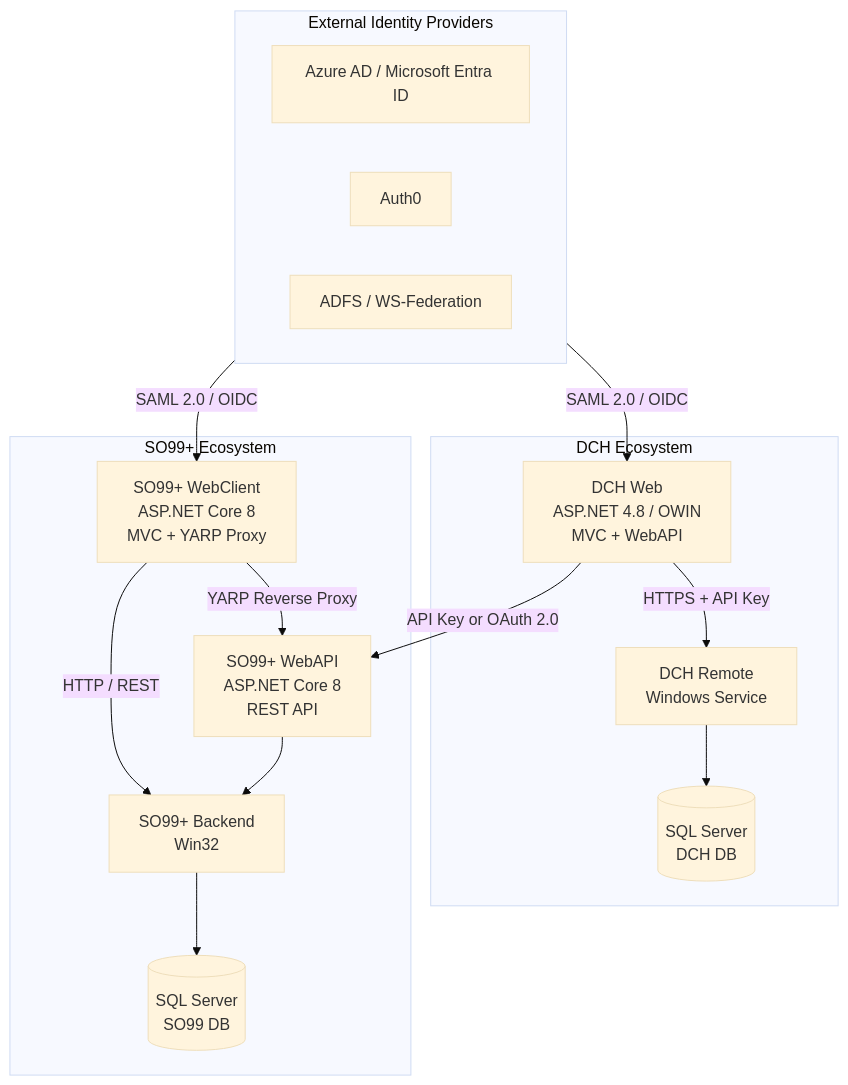
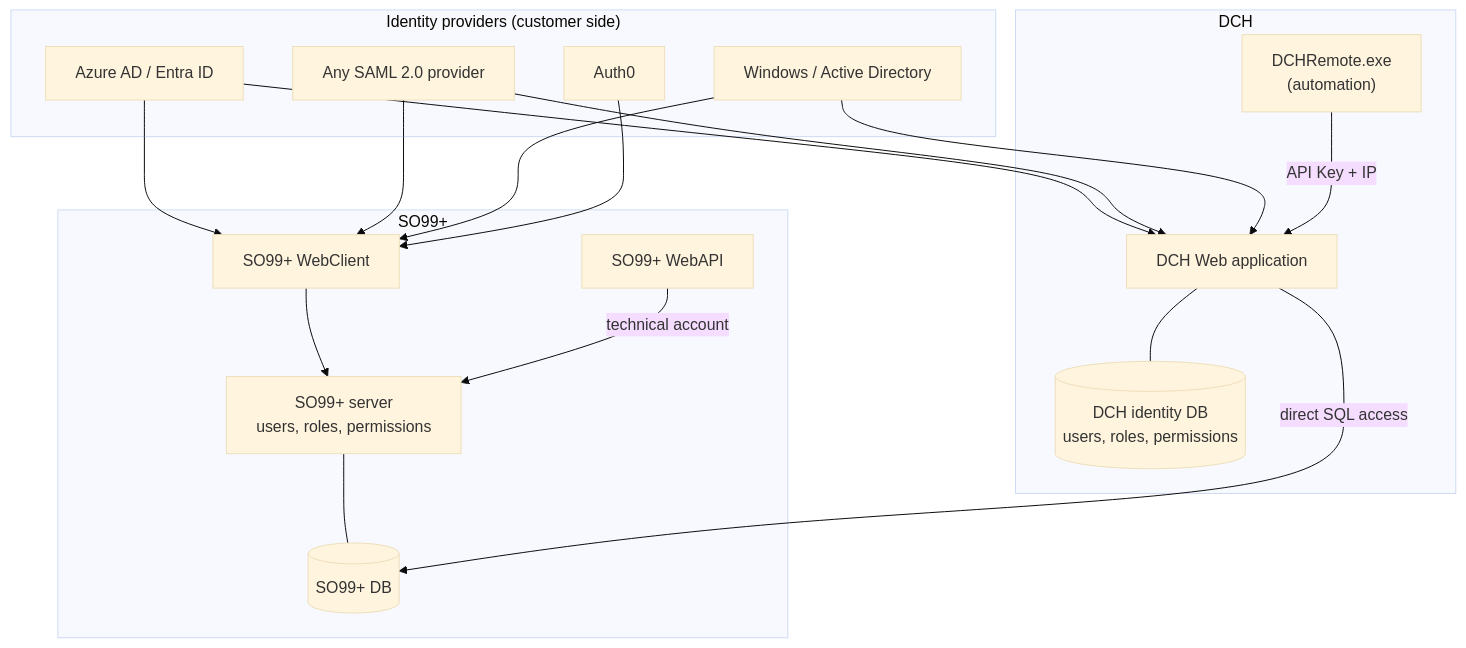
The first of 15 diagrams in Docs/AuthAnalysis/DCH_SO99_Authentication_Analysis.en.md (dserranotools/DCH_Implementations), drawn with Mermaid (base theme) before and after one commit. The commit also changed other lines of this file and 2 other files, not shown here.

Commit message:
Refactor authentication and authorization documentation for DCH and SO99+: streamline executive summary, enhance clarity on user roles and permissions, and improve alignment recommendations. Update README for better navigation and document structure.

````diff
--- a/Docs/AuthAnalysis/DCH_SO99_Authentication_Analysis.en.md
+++ b/Docs/AuthAnalysis/DCH_SO99_Authentication_Analysis.en.md
@@ -51,33 +73,37 @@
 ```mermaid
-graph TB
-    subgraph IDP["External Identity Providers"]
-        AAD[Azure AD / Microsoft Entra ID]
-        AUTH0[Auth0]
-        ADFS[ADFS / WS-Federation]
+flowchart TB
+    subgraph IDP["Identity providers (customer side)"]
+        AAD["Azure AD / Entra ID"]
+        SAMLIDP["Any SAML 2.0 provider"]
+        AD["Windows / Active Directory"]
+        A0["Auth0"]
     end
 
-    subgraph DCH_ECO["DCH Ecosystem"]
-        DCH_WEB[DCH Web<br/>ASP.NET 4.8 / OWIN<br/>MVC + WebAPI]
-        DCH_REMOTE[DCH Remote<br/>Windows Service]
-        DCH_DB[(SQL Server<br/>DCH DB)]
-        
-        DCH_WEB -->|HTTPS + API Key| DCH_REMOTE
-        DCH_REMOTE --> DCH_DB
+    subgraph DCH["DCH"]
+        DW["DCH Web application"]
+        DID[("DCH identity DB<br/>users, roles, permissions")]
+        DR["DCHRemote.exe<br/>(automation)"]
     end
 
-    subgraph SO99_ECO["SO99+ Ecosystem"]
-        SO99_WEB[SO99+ WebClient<br/>ASP.NET Core 8<br/>MVC + YARP Proxy]
-        SO99_API[SO99+ WebAPI<br/>ASP.NET Core 8<br/>REST API]
-        SO99_BACKEND[SO99+ Backend<br/>Win32]
-        SO99_DB[(SQL Server<br/>SO99 DB)]
-        
-        SO99_WEB -->|HTTP / REST| SO99_BACKEND
-        SO99_WEB -->|YARP Reverse Proxy| SO99_API
-        SO99_API --> SO99_BACKEND
-        SO99_BACKEND --> SO99_DB
+    subgraph SO99["SO99+"]
+        WC["SO99+ WebClient"]
+        API["SO99+ WebAPI"]
+        SRV["SO99+ server<br/>users, roles, permissions"]
+        SDB[("SO99+ DB")]
     end
 
-    IDP -->|SAML 2.0 / OIDC| DCH_WEB
-    IDP -->|SAML 2.0 / OIDC| SO99_WEB
-    DCH_WEB -->|API Key or OAuth 2.0| SO99_API
+    AAD --> DW
+    SAMLIDP --> DW
+    AD --> DW
+    AAD --> WC
+    SAMLIDP --> WC
+    AD --> WC
+    A0 --> WC
+
+    DW --- DID
+    DR -->|"API Key + IP"| DW
+    WC --> SRV
+    API -->|"technical account"| SRV
+    SRV --- SDB
+    DW -->|"direct SQL access"| SDB
 ```
````
